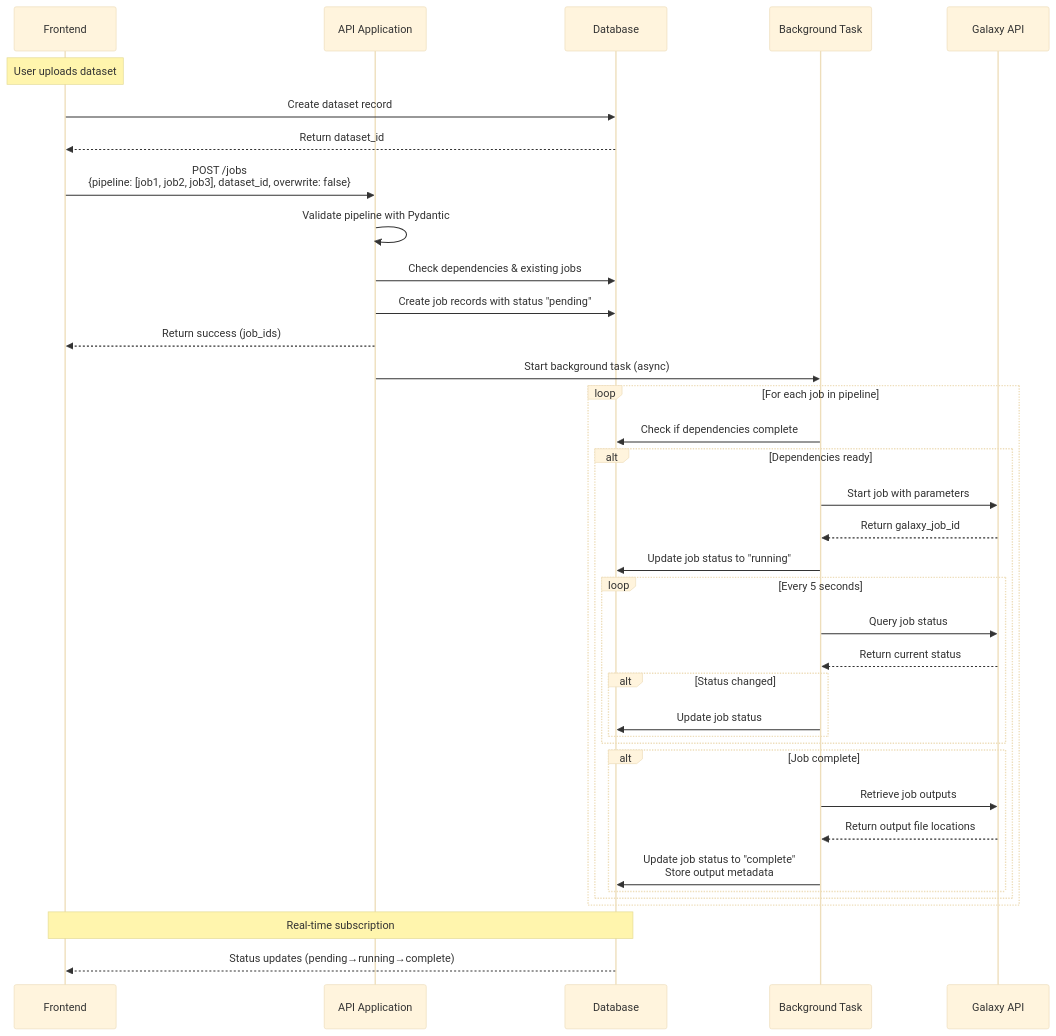
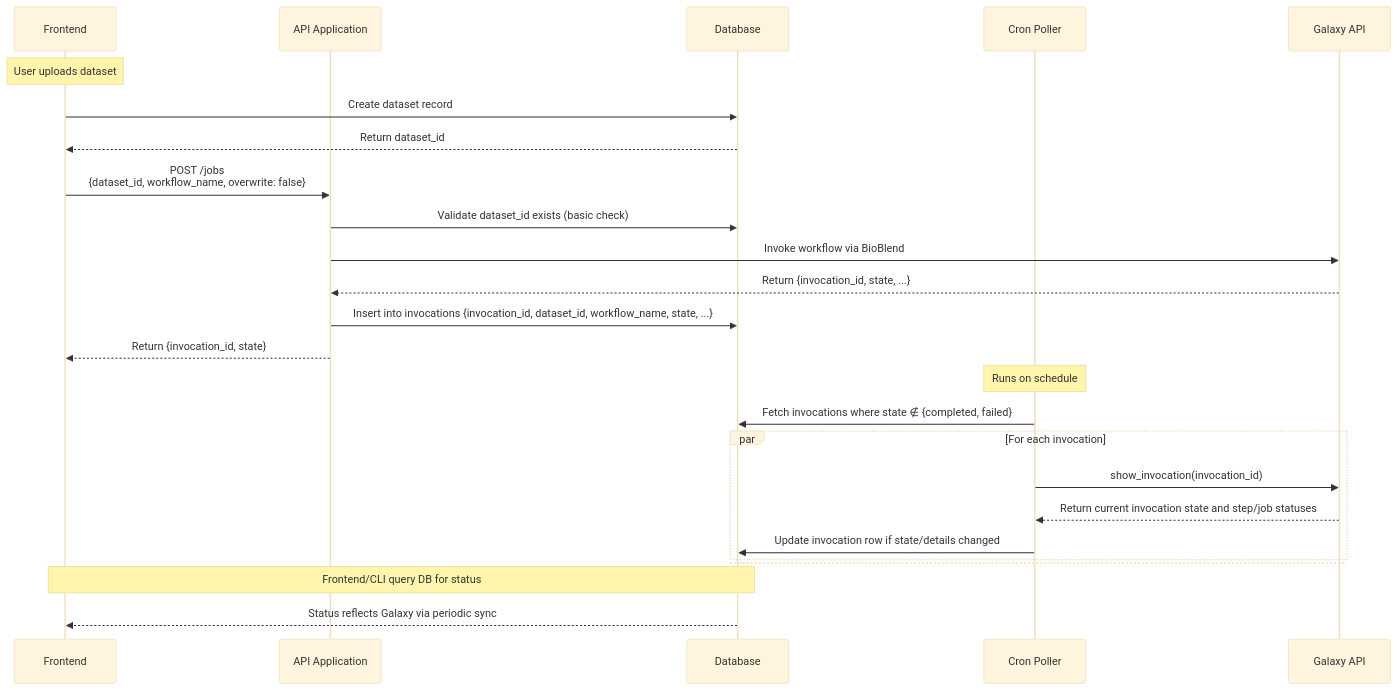
One commit to 3dTrees-earth/3dtrees-api changed the diagram in README.md. Above: the diagram before and after it, drawn with Mermaid (base theme). The commit also changed other lines of this file, not shown here.

Commit message:
Update API spec with new invocations/workflows approach

````diff
--- a/README.md
+++ b/README.md
@@ -25,46 +25,31 @@
 ```mermaid
 sequenceDiagram
     participant FE as Frontend
     participant API as API Application
     participant DB as Database
-    participant BG as Background Task
+    participant CRON as Cron Poller
     participant Galaxy as Galaxy API
 
     Note over FE: User uploads dataset
     FE->>DB: Create dataset record
     DB-->>FE: Return dataset_id
 
-    FE->>API: POST /jobs<br/>{pipeline: [job1, job2, job3], dataset_id, overwrite: false}
-    API->>API: Validate pipeline with Pydantic
-    API->>DB: Check dependencies & existing jobs
-    API->>DB: Create job records with status "pending"
-    API-->>FE: Return success (job_ids)
+    FE->>API: POST /jobs<br/>{dataset_id, workflow_name, overwrite: false}
+    API->>DB: Validate dataset_id exists (basic check)
+    API->>Galaxy: Invoke workflow via BioBlend
+    Galaxy-->>API: Return {invocation_id, state, ...}
+    API->>DB: Insert into invocations {invocation_id, dataset_id, workflow_name, state, ...}
+    API-->>FE: Return {invocation_id, state}
 
-    API->>BG: Start background task (async)
-
-    loop For each job in pipeline
-        BG->>DB: Check if dependencies complete
-        alt Dependencies ready
-            BG->>Galaxy: Start job with parameters
-            Galaxy-->>BG: Return galaxy_job_id
-            BG->>DB: Update job status to "running"
-
-            loop Every 5 seconds
-                BG->>Galaxy: Query job status
-                Galaxy-->>BG: Return current status
-                alt Status changed
-                    BG->>DB: Update job status
-                end
-            end
-
-            alt Job complete
-                BG->>Galaxy: Retrieve job outputs
-                Galaxy-->>BG: Return output file locations
-                BG->>DB: Update job status to "complete"<br/>Store output metadata
-            end
-        end
+    Note over CRON: Runs on schedule
+    CRON->>DB: Fetch invocations where state ∉ {completed, failed}
+    par For each invocation
+        CRON->>Galaxy: show_invocation(invocation_id)
+        Galaxy-->>CRON: Return current invocation state and step/job statuses
+        CRON->>DB: Update invocation row if state/details changed
+    and
     end
 
-    Note over DB,FE: Real-time subscription
-    DB-->>FE: Status updates (pending→running→complete)
+    Note over DB,FE: Frontend/CLI query DB for status
+    DB-->>FE: Status reflects Galaxy via periodic sync
 ```
````
